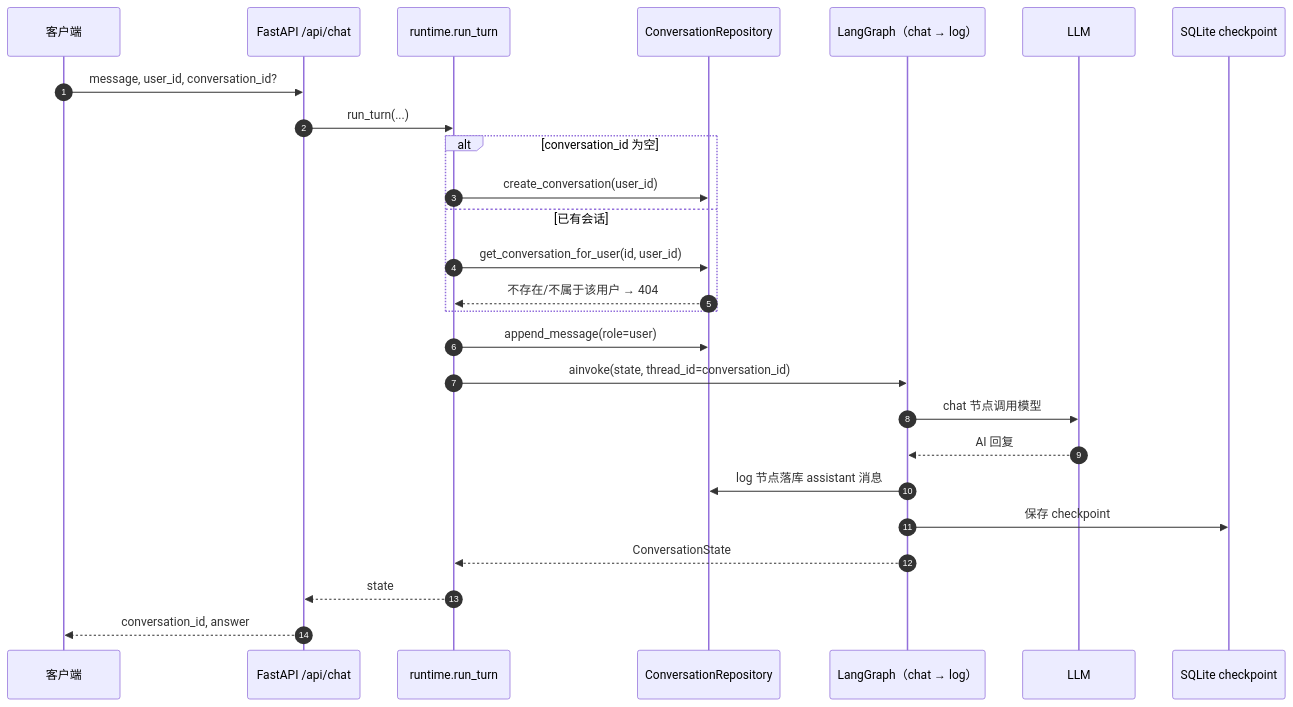
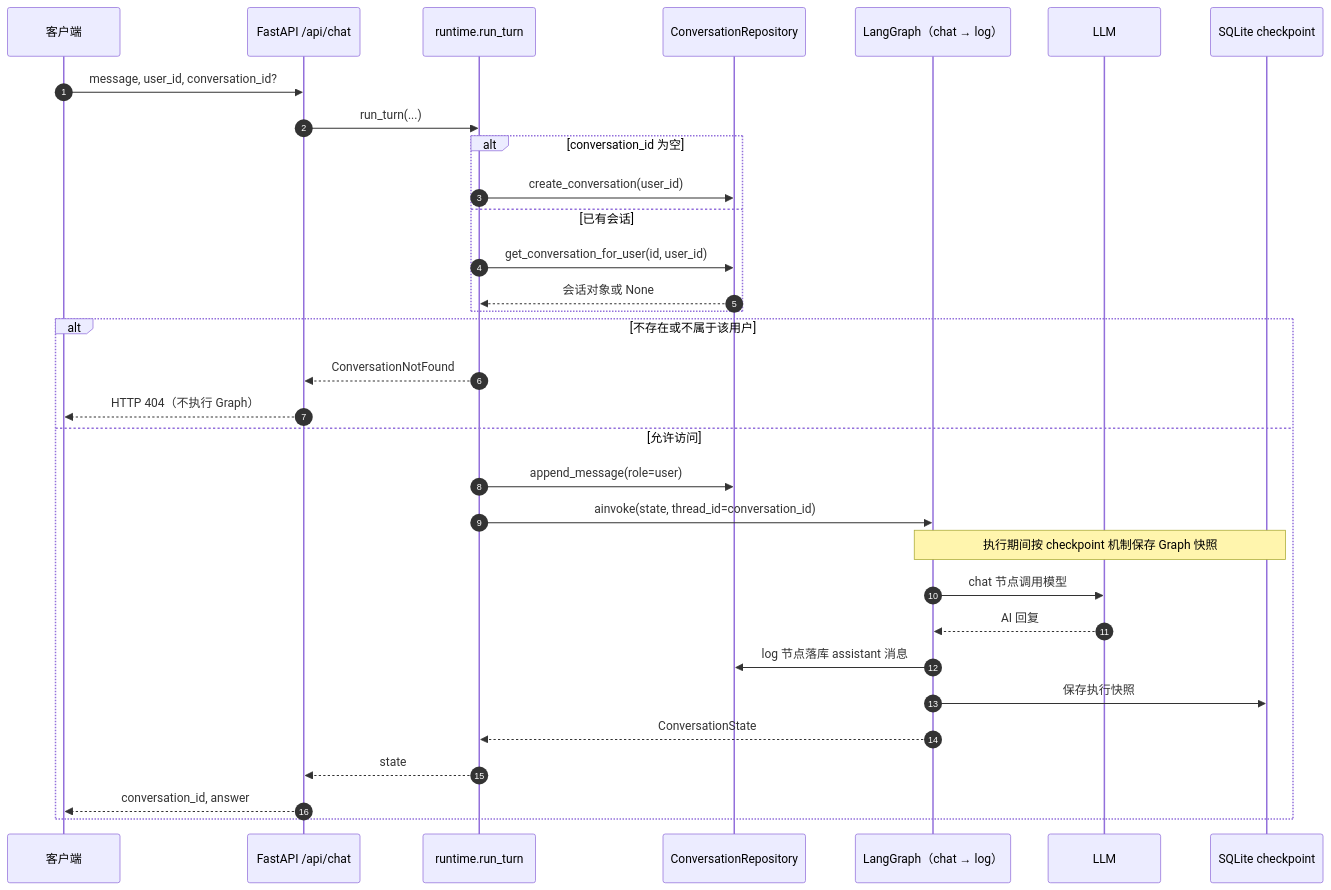
One commit to shangxinxiaolin/user-help changed the third of 5 diagrams in docs/ARCHITECTURE.md. Above: the diagram before and after it, drawn with Mermaid. The commit also changed other lines of this file and 3 other files, not shown here.

Commit message:
docs: organize architecture diagrams across project READMEs (#7)

````diff
--- a/docs/ARCHITECTURE.md
+++ b/docs/ARCHITECTURE.md
@@ -107,29 +115,35 @@
 ```mermaid
 sequenceDiagram
     autonumber
     participant C as 客户端
     participant API as FastAPI /api/chat
     participant RT as runtime.run_turn
     participant Repo as ConversationRepository
     participant G as LangGraph（chat → log）
     participant LLM as LLM
     participant CP as SQLite checkpoint
 
     C->>API: message, user_id, conversation_id?
     API->>RT: run_turn(...)
     alt conversation_id 为空
         RT->>Repo: create_conversation(user_id)
     else 已有会话
         RT->>Repo: get_conversation_for_user(id, user_id)
-        Repo-->>RT: 不存在/不属于该用户 → 404
+        Repo-->>RT: 会话对象或 None
     end
+    alt 不存在或不属于该用户
+        RT-->>API: ConversationNotFound
+        API-->>C: HTTP 404（不执行 Graph）
+    else 允许访问
     RT->>Repo: append_message(role=user)
     RT->>G: ainvoke(state, thread_id=conversation_id)
+    Note over G,CP: 执行期间按 checkpoint 机制保存 Graph 快照
     G->>LLM: chat 节点调用模型
     LLM-->>G: AI 回复
     G->>Repo: log 节点落库 assistant 消息
-    G->>CP: 保存 checkpoint
+    G->>CP: 保存执行快照
     G-->>RT: ConversationState
     RT-->>API: state
     API-->>C: conversation_id, answer
+    end
 ```
````
